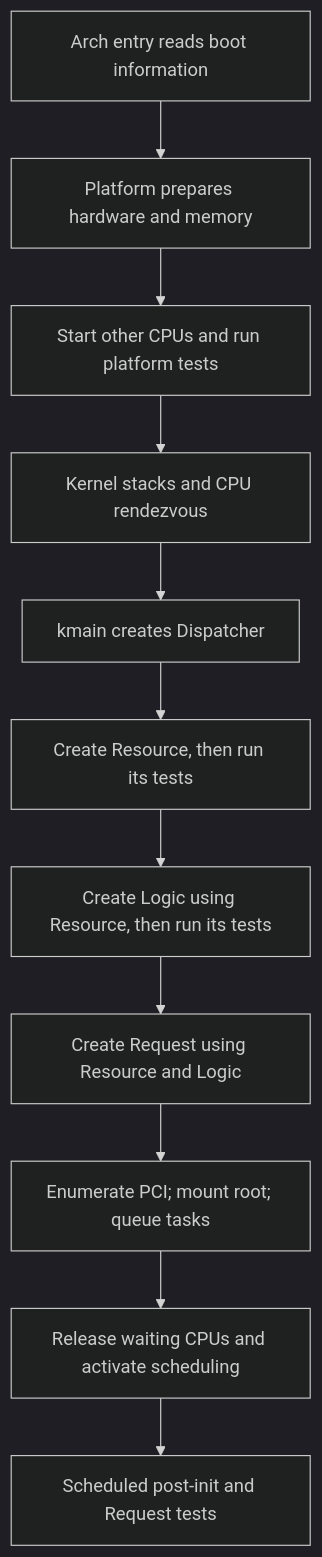
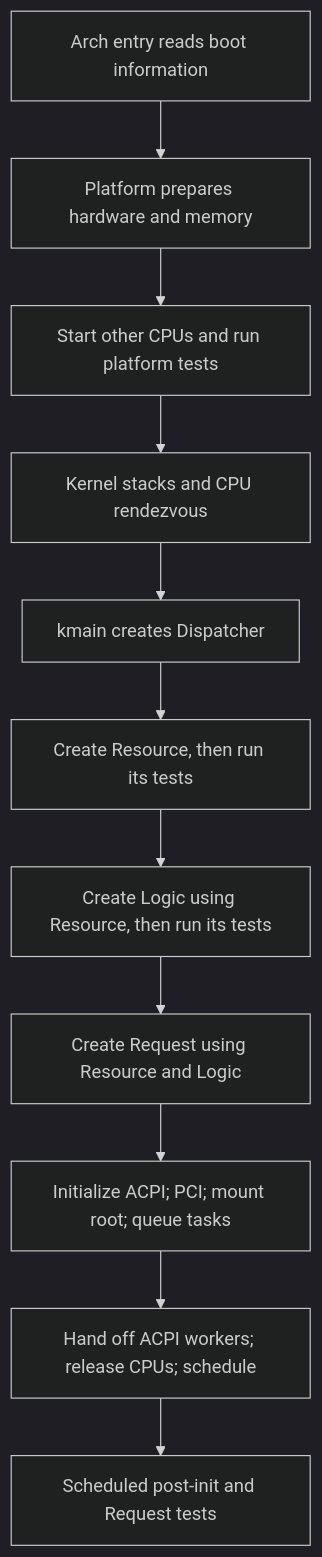
Diagram 13 of 18 in docs/DIAGRAMS.md (marwan475/Arx), drawn with Mermaid (dark theme) before and after one commit. The commit also changed 47 other files, not shown here.

````diff
--- a/docs/DIAGRAMS.md
+++ b/docs/DIAGRAMS.md
@@ -295,15 +295,15 @@
 ```mermaid
 flowchart TB
     accTitle: Arx initialization order
     accDescr: Platform setup and CPU startup precede Dispatcher and layer construction. Scheduling enables the final integration and Request tests.
     A[Arch entry reads boot information] --> P[Platform prepares hardware and memory]
     P --> S[Start other CPUs and run platform tests]
     S --> C[Kernel stacks and CPU rendezvous]
     C --> D[kmain creates Dispatcher]
     D --> R[Create Resource, then run its tests]
     R --> L[Create Logic using Resource, then run its tests]
     L --> Q[Create Request using Resource and Logic]
-    Q --> F[Enumerate PCI; mount root; queue tasks]
-    F --> G[Release waiting CPUs and activate scheduling]
+    Q --> F[Initialize ACPI; PCI; mount root; queue tasks]
+    F --> G[Hand off ACPI workers; release CPUs; schedule]
     G --> T[Scheduled post-init and Request tests]
 ```
````
